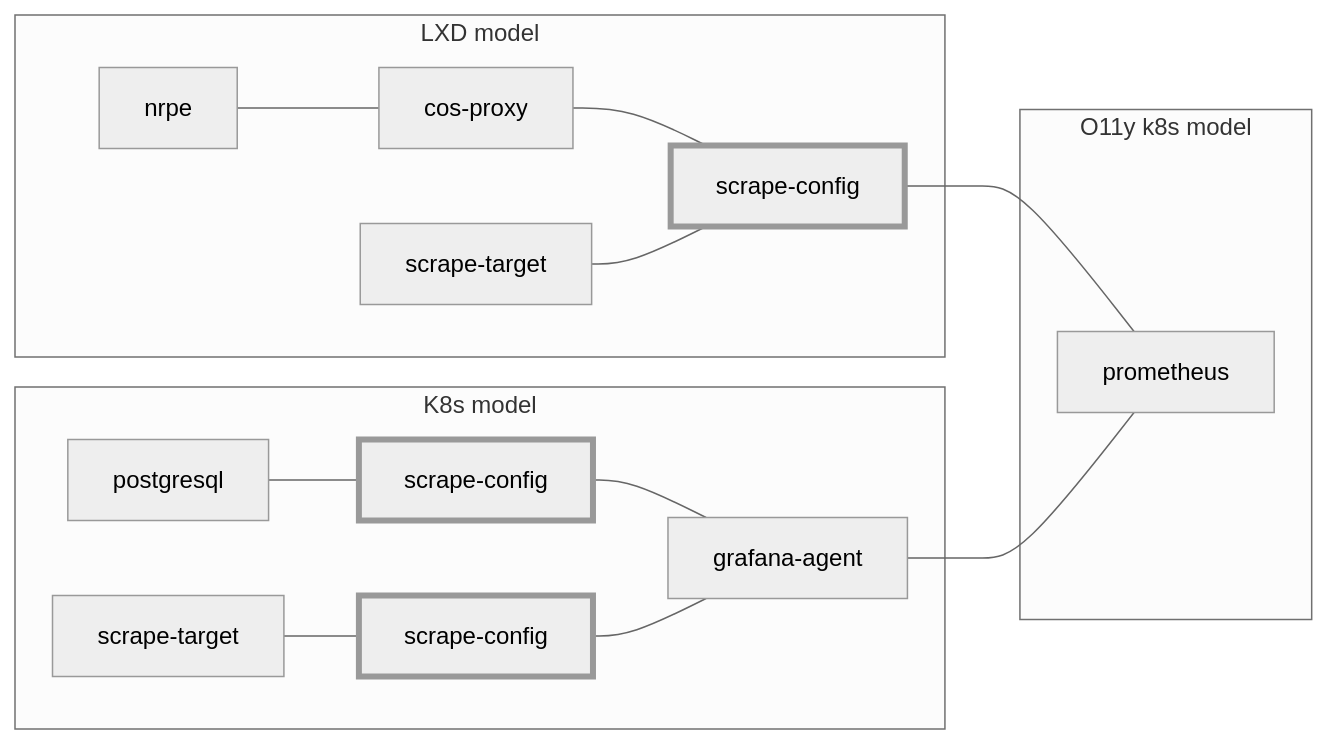
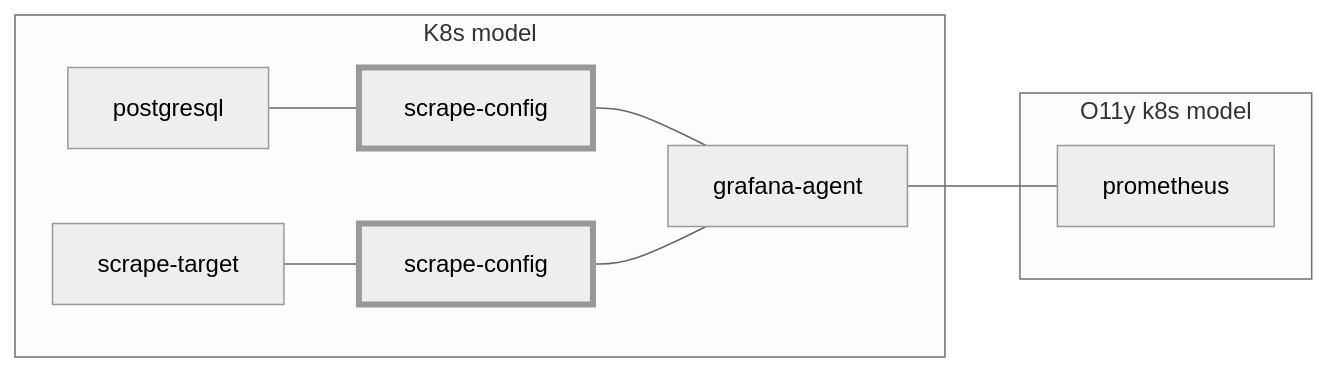
Before and after one commit to canonical/prometheus-scrape-config-k8s-operator: the first of 3 diagrams in INTEGRATING.md, drawn with Mermaid (neutral theme). The commit also changed other lines of this file, not shown here.

Commit message:
Split diagram

````diff
--- a/INTEGRATING.md
+++ b/INTEGRATING.md
@@ -3,30 +6,20 @@
 ```mermaid
 graph LR
 
-subgraph LXD model
-nrpe --- cos-proxy --- sc1[scrape-config]
-st1[scrape-target] --- sc1[scrape-config]
+subgraph K8s model
+postgresql --- sc1[scrape-config]
+sc1 --- ga[grafana-agent]
 
+st[scrape-target] --- sc2[scrape-config]
+sc2 --- ga
 end
 
-sc1 --- prometheus
-
-
-subgraph K8s model
-postgresql --- sc3[scrape-config]
-st2[scrape-target] --- sc4[scrape-config]
-sc3 --- ga2[grafana-agent]
-sc4 --- ga2
-end
-
-ga2 --- prometheus
+ga --- prometheus
 
 subgraph O11y k8s model
 prometheus
 end
 
-
 style sc1 stroke-width:4px
-style sc3 stroke-width:4px
-style sc4 stroke-width:4px
+style sc2 stroke-width:4px
 ```
````
